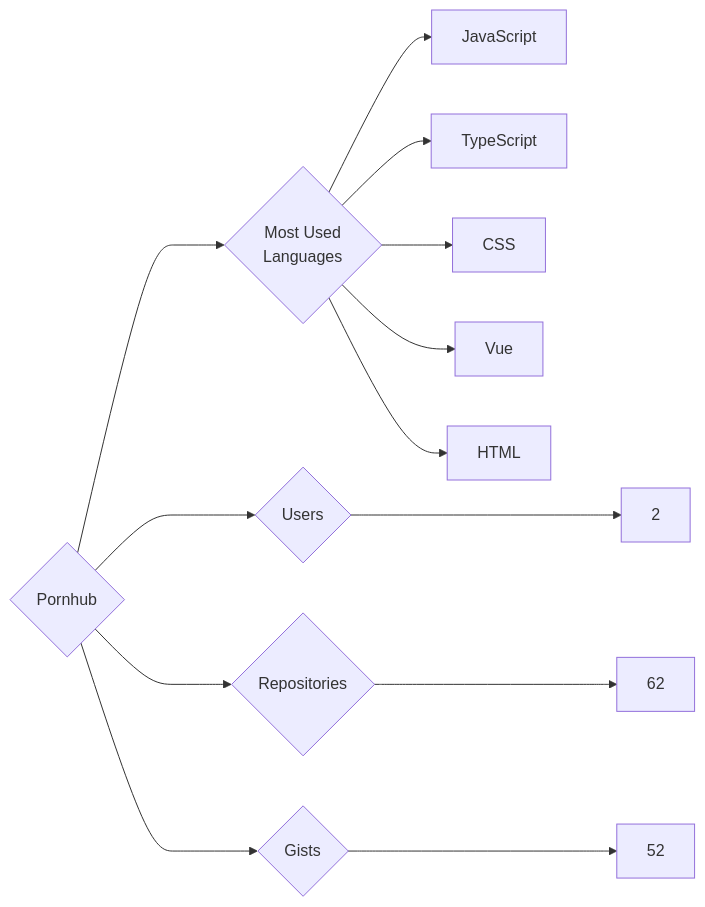
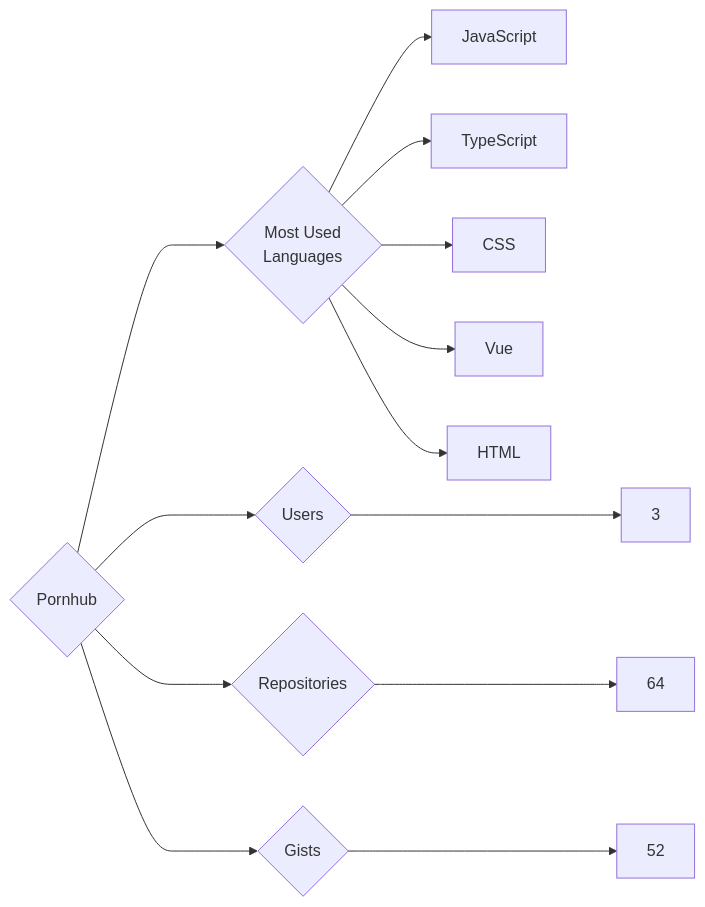
The diagram in targets/Pornhub/README.md (trickest/insiders), drawn with Mermaid before and after one commit. The commit also changed 860 other files, not shown here.

````diff
--- a/targets/Pornhub/README.md
+++ b/targets/Pornhub/README.md
@@ -3,13 +3,13 @@
 ```mermaid
 graph LR
 COMPANY_NAME{Pornhub}
-COMPANY_NAME ---> U{Users} ---> UN[2]
-COMPANY_NAME ---> R{Repositories} ---> RN[62]
+COMPANY_NAME ---> U{Users} ---> UN[3]
+COMPANY_NAME ---> R{Repositories} ---> RN[64]
 COMPANY_NAME ---> G{Gists} ---> GN[52]
 COMPANY_NAME ---> ML{Most Used<br>Languages}
 ML --> JavaScript[JavaScript]
 ML --> TypeScript[TypeScript]
 ML --> CSS[CSS]
 ML --> Vue[Vue]
 ML --> HTML[HTML]
 ```
````
